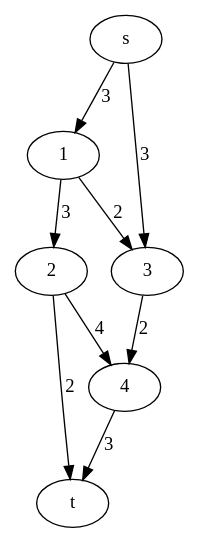
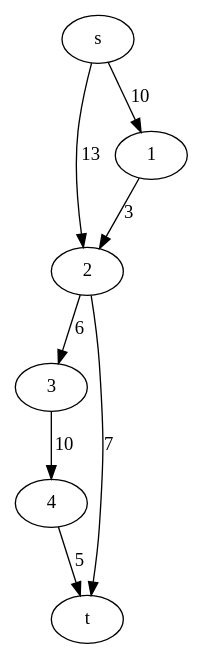
Before and after one commit to Milhka/MaximumFlow: the diagram in src/PW3/test2.gv, drawn with Graphviz. The commit also changed 8 other files, not shown here.

```diff
--- a/src/PW3/test2.gv
+++ b/src/PW3/test2.gv
@@ -1,11 +1,10 @@
-digraph flowNetwork {
+digraph flow {
     rankdir =" LR ";
-    s -> 1 [ label ="3" , len =3];
-    s -> 3 [ label ="3" , len =3];
+    s -> 2 [ label ="13" , len =13];
+    s -> 1 [ label ="10" , len =10];
     1 -> 2 [ label ="3" , len =3];
-    1 -> 3 [ label ="2" , len =2];
-    3 -> 4 [ label ="2" , len =2];
-    2 -> 4 [ label ="4" , len =4];
-    2 -> t [ label ="2" , len =2];
-    4 -> t [ label ="3" , len =3];
+    2 -> 3 [ label ="6" , len =6];
+    2 -> t [ label ="7" , len =7];
+    3 -> 4 [ label ="10" , len =10];
+    4 -> t [ label ="5" , len =5];
 }
```
